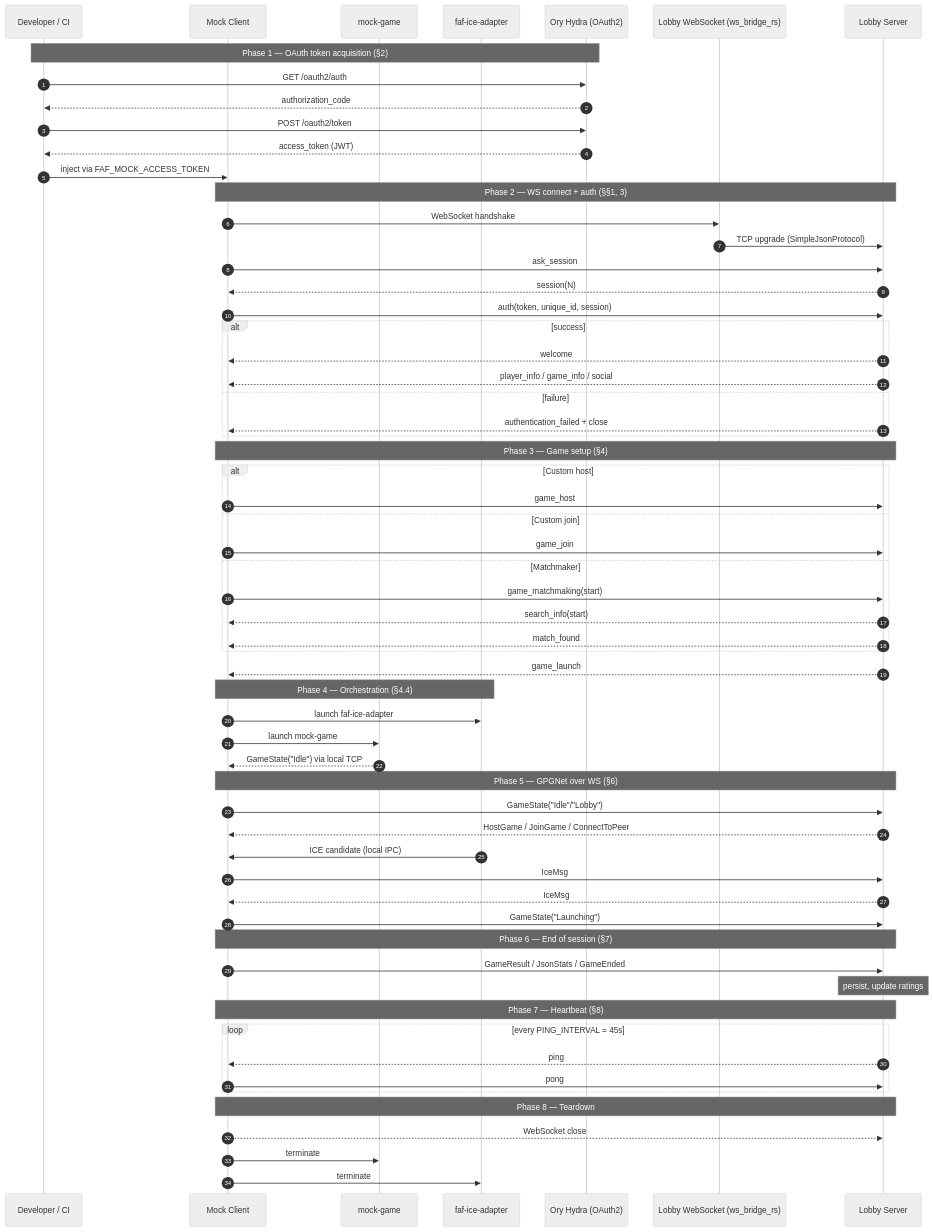
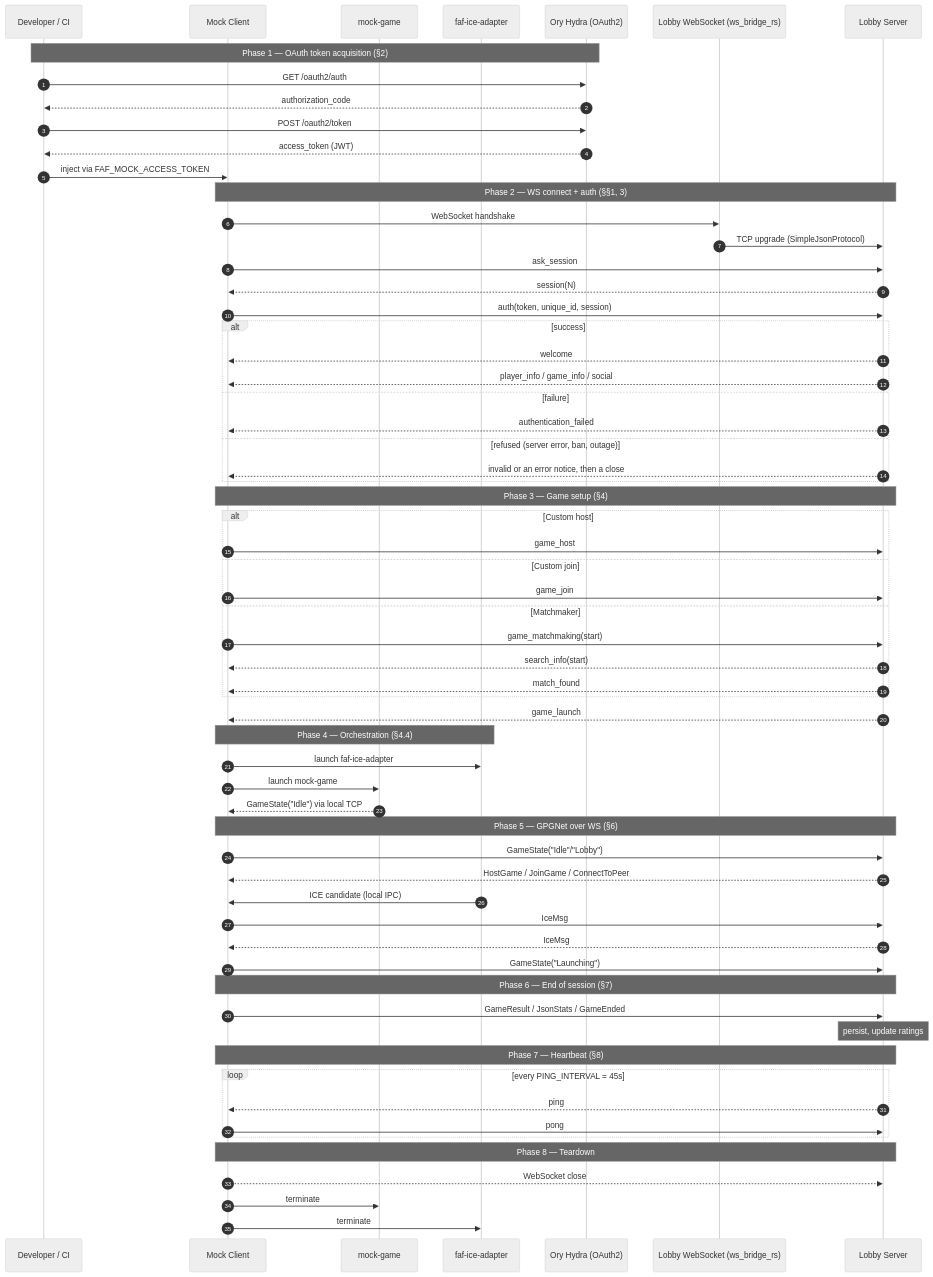
Before and after one commit to md-173/faf-test-harness: the diagram in documentation/research/lobby-protocol-spec.md, drawn with Mermaid (neutral theme). The commit also changed other lines of this file and 27 other files, not shown here.

````diff
--- a/documentation/research/lobby-protocol-spec.md
+++ b/documentation/research/lobby-protocol-spec.md
@@ -863,71 +890,73 @@
 ```mermaid
 sequenceDiagram
     autonumber
     participant DEV as Developer / CI
     participant MC as Mock Client
     participant MG as mock-game
     participant IA as faf-ice-adapter
     participant HYDRA as Ory Hydra (OAuth2)
     participant WS as Lobby WebSocket (ws_bridge_rs)
     participant LS as Lobby Server
 
     Note over DEV,HYDRA: Phase 1 — OAuth token acquisition (§2)
     DEV->>HYDRA: GET /oauth2/auth
     HYDRA-->>DEV: authorization_code
     DEV->>HYDRA: POST /oauth2/token
     HYDRA-->>DEV: access_token (JWT)
     DEV->>MC: inject via FAF_MOCK_ACCESS_TOKEN
 
     Note over MC,LS: Phase 2 — WS connect + auth (§§1, 3)
     MC->>WS: WebSocket handshake
     WS->>LS: TCP upgrade (SimpleJsonProtocol)
     MC->>LS: ask_session
     LS-->>MC: session(N)
     MC->>LS: auth(token, unique_id, session)
     alt success
         LS-->>MC: welcome
         LS-->>MC: player_info / game_info / social
     else failure
-        LS-->>MC: authentication_failed + close
+        LS-->>MC: authentication_failed
+    else refused (server error, ban, outage)
+        LS-->>MC: invalid or an error notice, then a close
     end
 
     Note over MC,LS: Phase 3 — Game setup (§4)
     alt Custom host
         MC->>LS: game_host
     else Custom join
         MC->>LS: game_join
     else Matchmaker
         MC->>LS: game_matchmaking(start)
         LS-->>MC: search_info(start)
         LS-->>MC: match_found
     end
     LS-->>MC: game_launch
 
     Note over MC,IA: Phase 4 — Orchestration (§4.4)
     MC->>IA: launch faf-ice-adapter
     MC->>MG: launch mock-game
     MG-->>MC: GameState("Idle") via local TCP
 
     Note over MC,LS: Phase 5 — GPGNet over WS (§6)
     MC->>LS: GameState("Idle"/"Lobby")
     LS-->>MC: HostGame / JoinGame / ConnectToPeer
     IA->>MC: ICE candidate (local IPC)
     MC->>LS: IceMsg
     LS-->>MC: IceMsg
     MC->>LS: GameState("Launching")
 
     Note over MC,LS: Phase 6 — End of session (§7)
     MC->>LS: GameResult / JsonStats / GameEnded
     Note over LS: persist, update ratings
 
     Note over MC,LS: Phase 7 — Heartbeat (§8)
     loop every PING_INTERVAL = 45s
         LS-->>MC: ping
         MC->>LS: pong
     end
 
     Note over MC,LS: Phase 8 — Teardown
     MC-->>LS: WebSocket close
     MC->>MG: terminate
     MC->>IA: terminate
 ```
````
